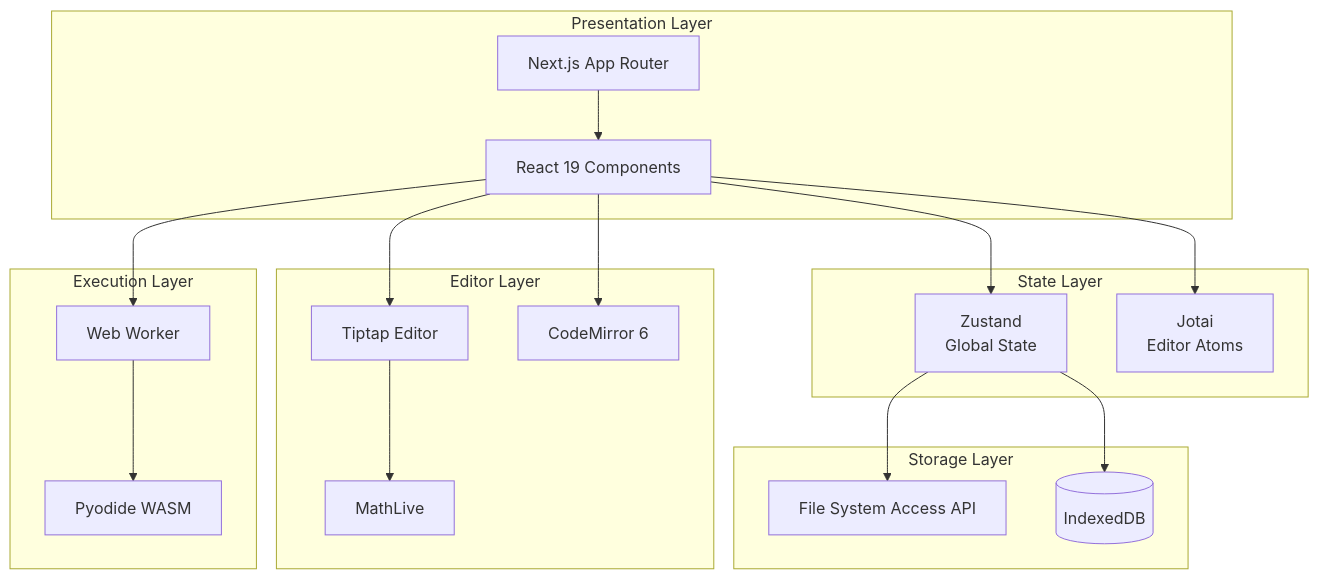
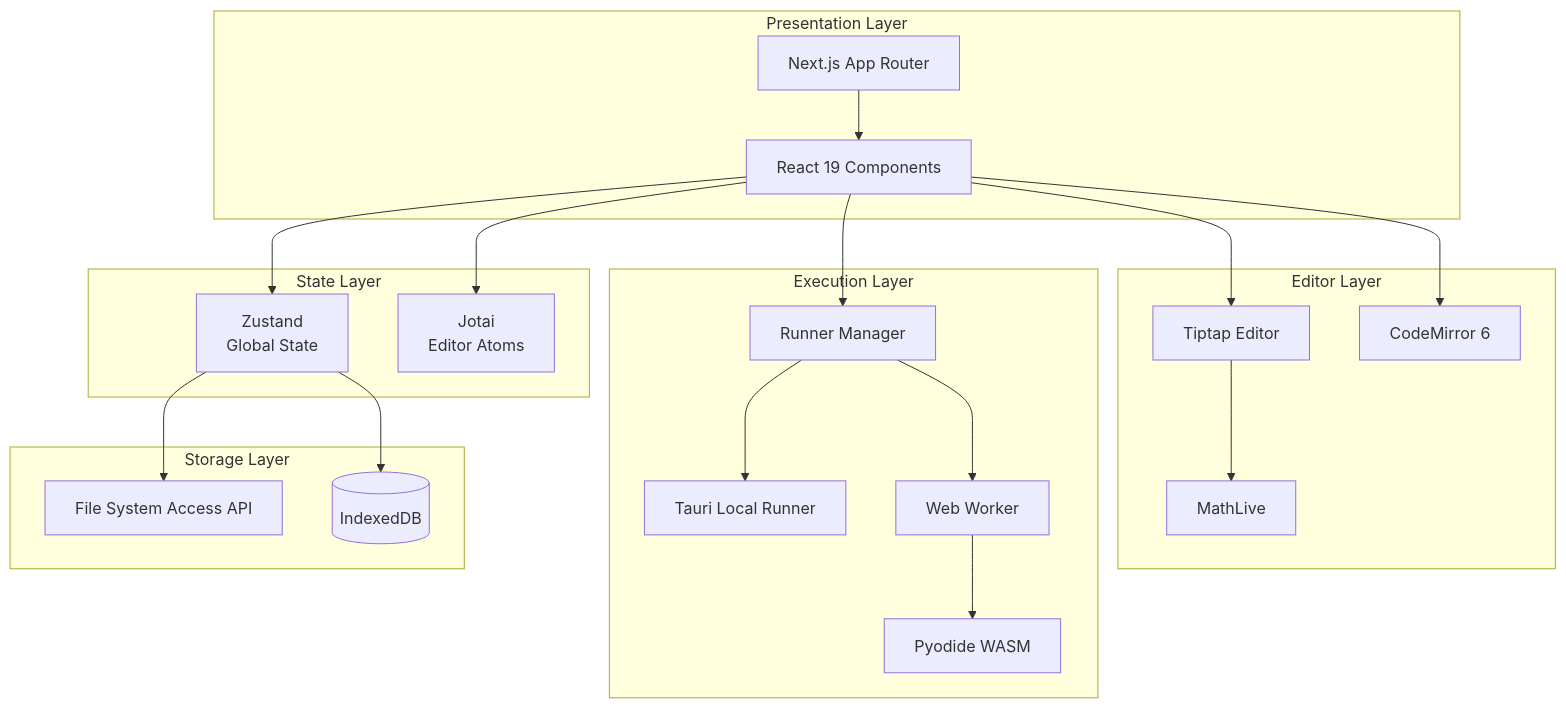
The fourth of 5 diagrams in docs/ARCHITECTURE.md (tryandaction/lattice), drawn with Mermaid before and after one commit. The commit also changed other lines of this file and 112 other files, not shown here.

````diff
--- a/docs/ARCHITECTURE.md
+++ b/docs/ARCHITECTURE.md
@@ -376,42 +479,46 @@
 ```mermaid
 graph TB
     subgraph "Presentation Layer"
         NEXT[Next.js App Router]
         REACT[React 19 Components]
     end
     
     subgraph "Editor Layer"
         TIPTAP[Tiptap Editor]
         MATHLIVE[MathLive]
         CM6[CodeMirror 6]
     end
     
     subgraph "State Layer"
         ZUSTAND[Zustand<br/>Global State]
         JOTAI[Jotai<br/>Editor Atoms]
     end
     
     subgraph "Execution Layer"
+        RUNNER[Runner Manager]
+        TAURIRUN[Tauri Local Runner]
         WORKER[Web Worker]
         PYODIDE[Pyodide WASM]
     end
     
     subgraph "Storage Layer"
         FSAPI[File System Access API]
         IDB[(IndexedDB)]
     end
     
     NEXT --> REACT
     REACT --> TIPTAP
     REACT --> CM6
     TIPTAP --> MATHLIVE
     
     REACT --> ZUSTAND
     REACT --> JOTAI
     
-    REACT --> WORKER
+    REACT --> RUNNER
+    RUNNER --> TAURIRUN
+    RUNNER --> WORKER
     WORKER --> PYODIDE
     
     ZUSTAND --> FSAPI
     ZUSTAND --> IDB
 ```
````
